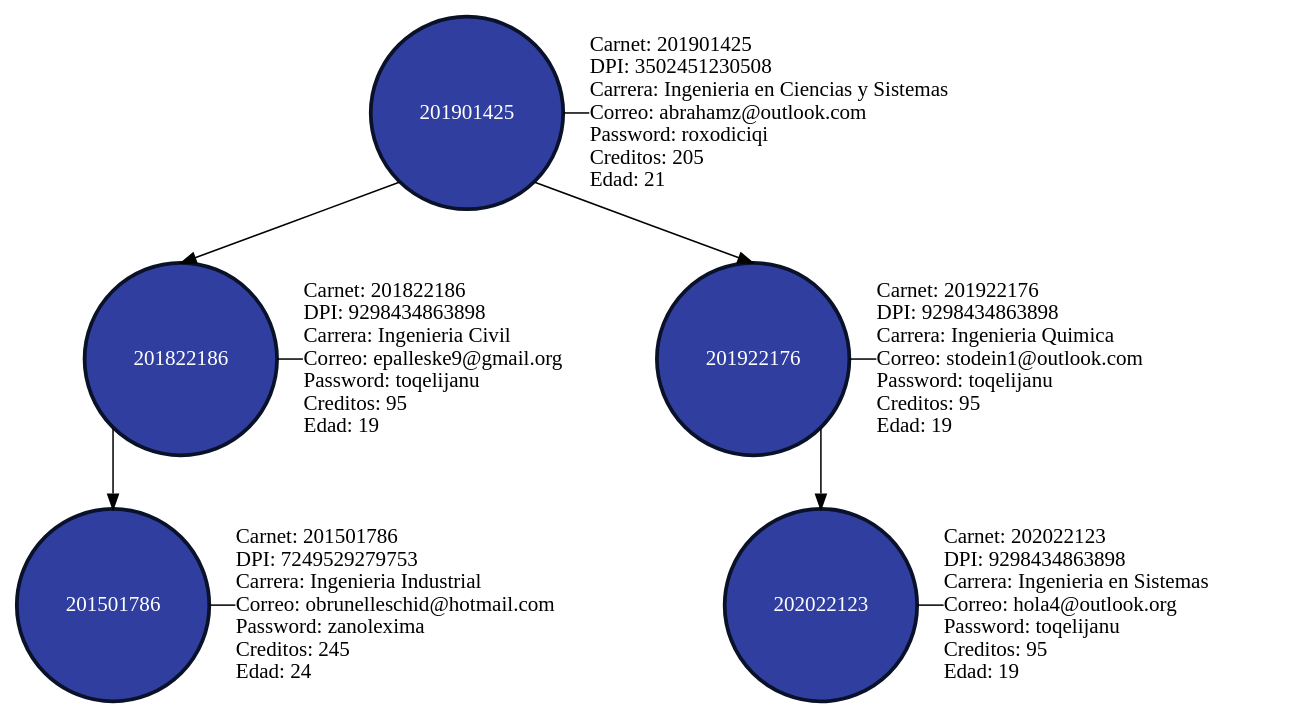
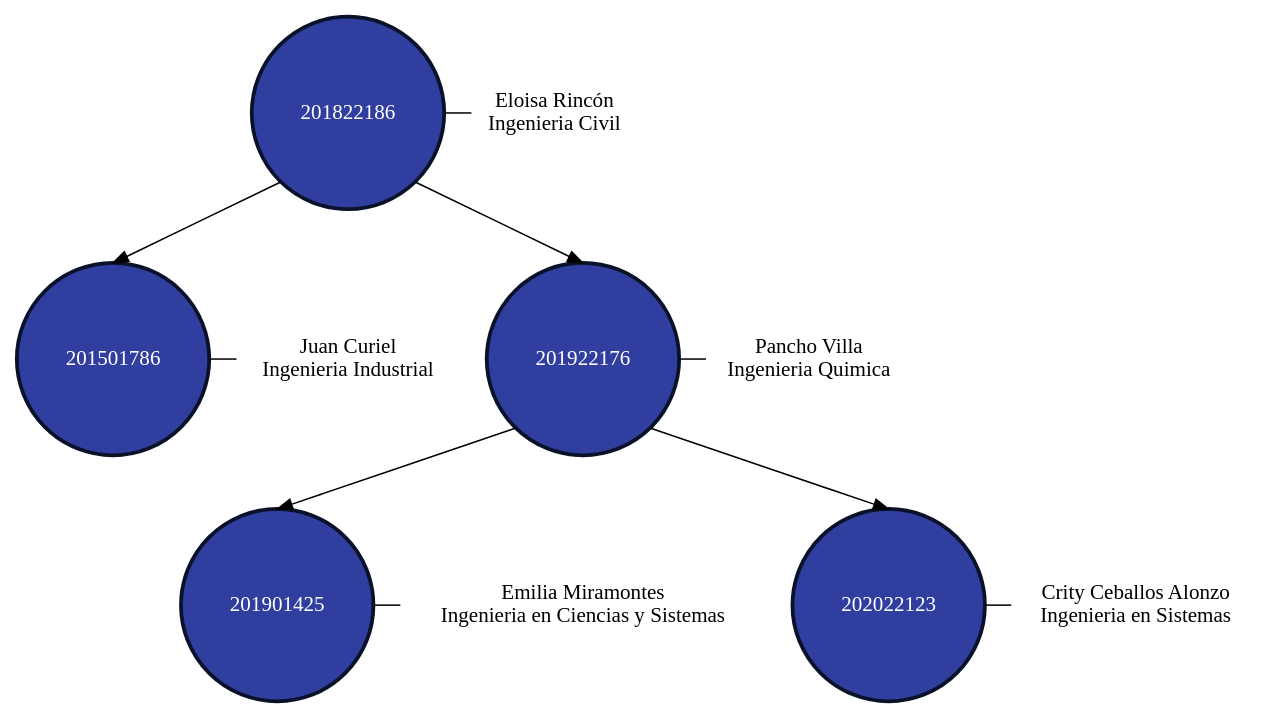
Before and after one commit to DanielDubonDR/EDD_SmartClass_201901772: the diagram in Fase_2/Archivos_dot/AVL.dot, drawn with Graphviz. The commit also changed 1 other file, not shown here.

```diff
--- a/Fase_2/Archivos_dot/AVL.dot
+++ b/Fase_2/Archivos_dot/AVL.dot
@@ -1,33 +1,33 @@
   
         digraph G
         {
             node[shape=circle, style=filled, fillcolor="#303F9F", fontcolor=white, color="#0A122A"];
             splines=false;
         
-		n201901425 [label = "201901425" penwidth=2.5];
-		n201901425 -> n201822186[tailport=sw headport=n];
-		n201901425 -> n201922176[tailport=se headport=n];
 		n201822186 [label = "201822186" penwidth=2.5];
 		n201822186 -> n201501786[tailport=sw headport=n];
+		n201822186 -> n201922176[tailport=se headport=n];
 		n201501786 [label = "201501786" penwidth=2.5];
 		n201922176 [label = "201922176" penwidth=2.5];
+		n201922176 -> n201901425[tailport=sw headport=n];
 		n201922176 -> n202022123[tailport=se headport=n];
+		n201901425 [label = "201901425" penwidth=2.5];
 		n202022123 [label = "202022123" penwidth=2.5];
 		edge[dir=none];
 		node[fillcolor=white, fontcolor=black];
-		201501786 [shape=plain label= "Carnet: 201501786\lDPI: 7249529279753\lCarrera: Ingenieria Industrial\lCorreo: obrunelleschid@hotmail.com\lPassword: zanolexima\lCreditos: 245\lEdad: 24\l"];
+		201501786 [shape=plain label= "Juan Curiel\nIngenieria Industrial"];
 		{rank=same; n201501786; 201501786}
 		n201501786 -> 201501786;
-		201822186 [shape=plain label= "Carnet: 201822186\lDPI: 9298434863898\lCarrera: Ingenieria Civil\lCorreo: epalleske9@gmail.org\lPassword: toqelijanu\lCreditos: 95\lEdad: 19\l"];
+		201822186 [shape=plain label= "Eloisa Rincón\nIngenieria Civil"];
 		{rank=same; n201822186; 201822186}
 		n201822186 -> 201822186;
-		201901425 [shape=plain label= "Carnet: 201901425\lDPI: 3502451230508\lCarrera: Ingenieria en Ciencias y Sistemas\lCorreo: abrahamz@outlook.com\lPassword: roxodiciqi\lCreditos: 205\lEdad: 21\l"];
+		201901425 [shape=plain label= "Emilia Miramontes\nIngenieria en Ciencias y Sistemas"];
 		{rank=same; n201901425; 201901425}
 		n201901425 -> 201901425;
-		201922176 [shape=plain label= "Carnet: 201922176\lDPI: 9298434863898\lCarrera: Ingenieria Quimica\lCorreo: stodein1@outlook.com\lPassword: toqelijanu\lCreditos: 95\lEdad: 19\l"];
+		201922176 [shape=plain label= "Pancho Villa\nIngenieria Quimica"];
 		{rank=same; n201922176; 201922176}
 		n201922176 -> 201922176;
-		202022123 [shape=plain label= "Carnet: 202022123\lDPI: 9298434863898\lCarrera: Ingenieria en Sistemas\lCorreo: hola4@outlook.org\lPassword: toqelijanu\lCreditos: 95\lEdad: 19\l"];
+		202022123 [shape=plain label= "Crity Ceballos Alonzo\nIngenieria en Sistemas"];
 		{rank=same; n202022123; 202022123}
 		n202022123 -> 202022123;
 	}
```
